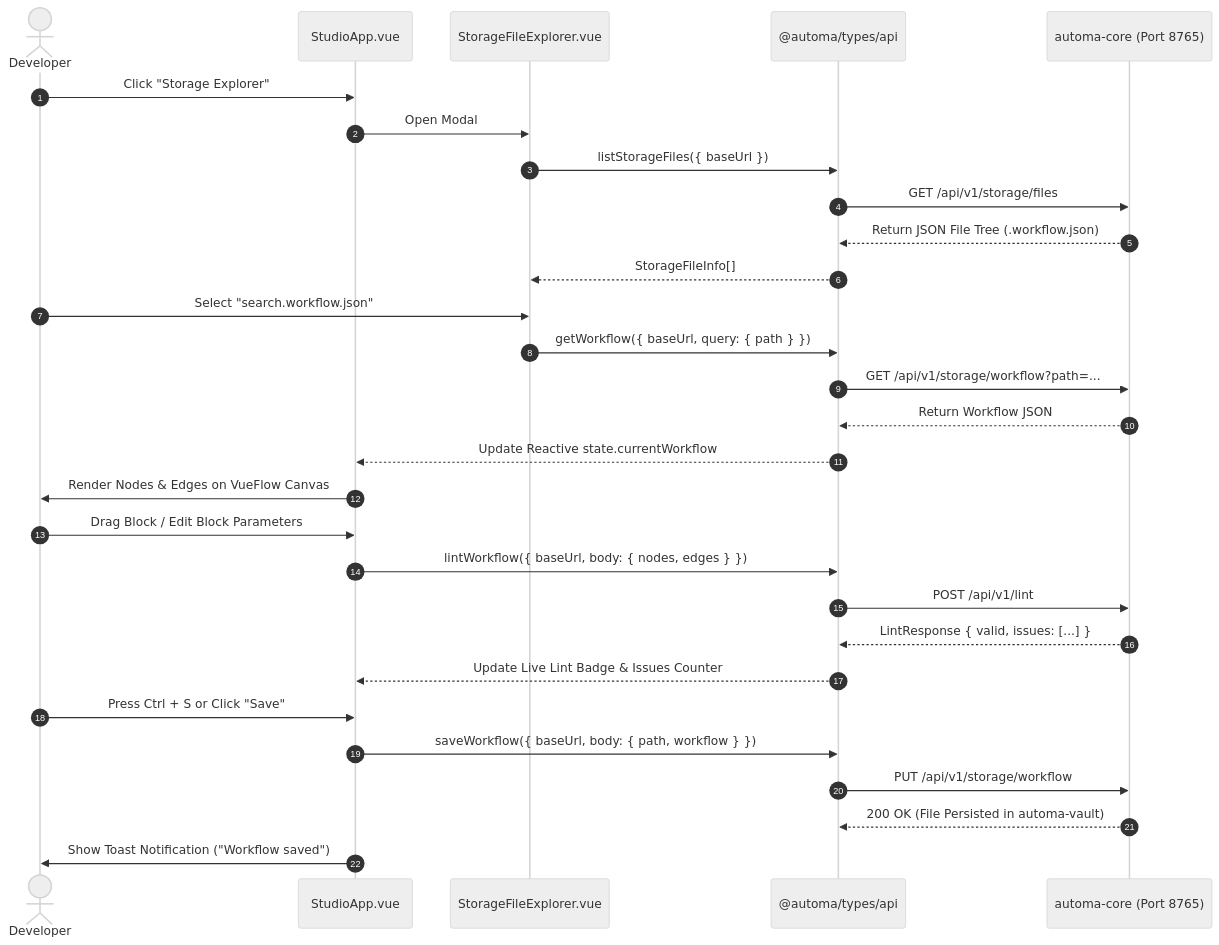
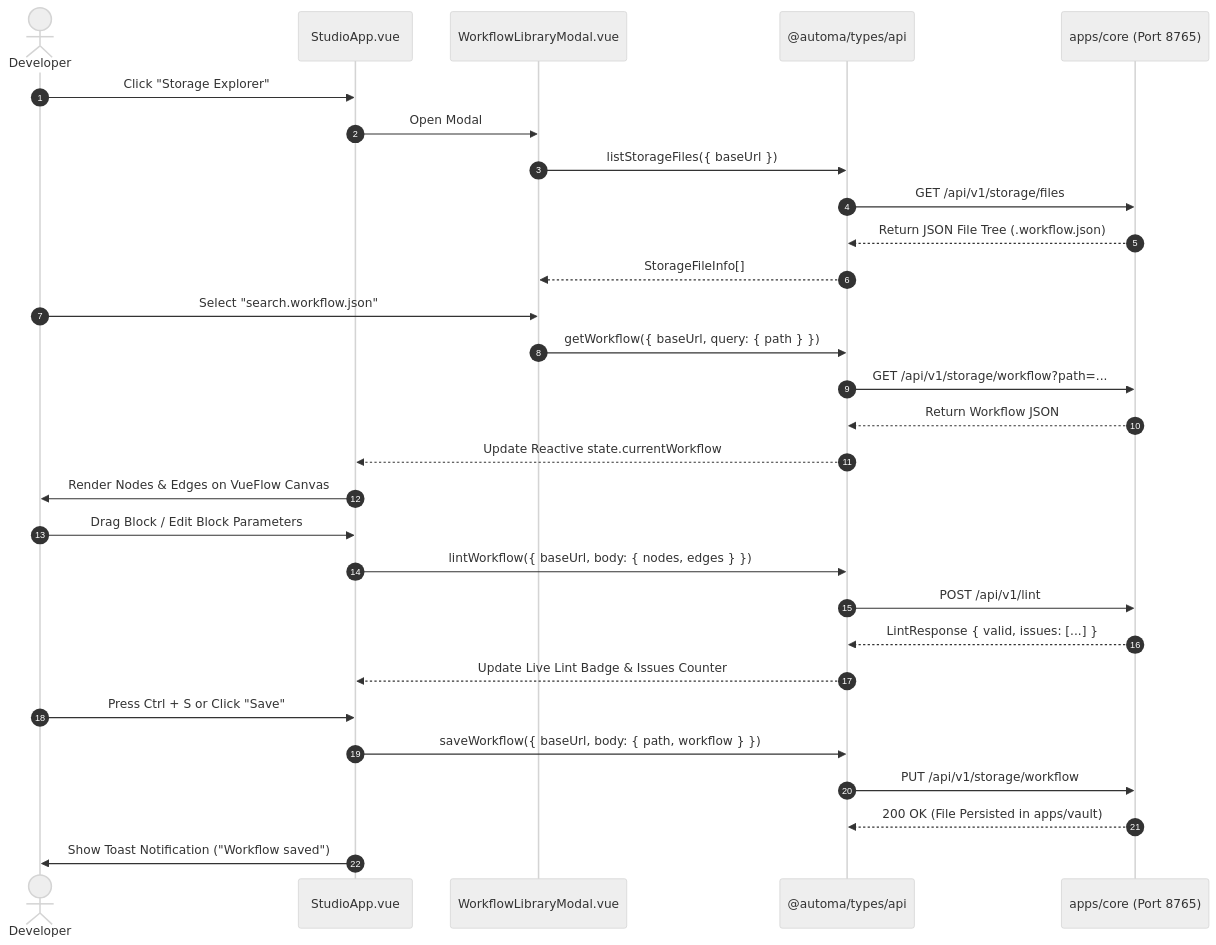
The third of 4 diagrams in apps/webe/src/studio/SRS.md (tuquet/automa), drawn with Mermaid (neutral theme) before and after one commit. The commit also changed other lines of this file and 48 other files, not shown here.

````diff
--- a/apps/webe/src/studio/SRS.md
+++ b/apps/webe/src/studio/SRS.md
@@ -246,34 +240,34 @@
 ```mermaid
 sequenceDiagram
     autonumber
     actor Dev as Developer
     participant UI as StudioApp.vue
-    participant Explorer as StorageFileExplorer.vue
+    participant Explorer as WorkflowLibraryModal.vue
     participant SDK as @automa/types/api
-    participant Core as automa-core (Port 8765)
+    participant Core as apps/core (Port 8765)
 
     Dev->>UI: Click "Storage Explorer"
     UI->>Explorer: Open Modal
     Explorer->>SDK: listStorageFiles({ baseUrl })
     SDK->>Core: GET /api/v1/storage/files
     Core-->>SDK: Return JSON File Tree (.workflow.json)
     SDK-->>Explorer: StorageFileInfo[]
     Dev->>Explorer: Select "search.workflow.json"
     Explorer->>SDK: getWorkflow({ baseUrl, query: { path } })
     SDK->>Core: GET /api/v1/storage/workflow?path=...
     Core-->>SDK: Return Workflow JSON
     SDK-->>UI: Update Reactive state.currentWorkflow
     UI->>Dev: Render Nodes & Edges on VueFlow Canvas
 
     Dev->>UI: Drag Block / Edit Block Parameters
     UI->>SDK: lintWorkflow({ baseUrl, body: { nodes, edges } })
     SDK->>Core: POST /api/v1/lint
     Core-->>SDK: LintResponse { valid, issues: [...] }
     SDK-->>UI: Update Live Lint Badge & Issues Counter
 
     Dev->>UI: Press Ctrl + S or Click "Save"
     UI->>SDK: saveWorkflow({ baseUrl, body: { path, workflow } })
     SDK->>Core: PUT /api/v1/storage/workflow
-    Core-->>SDK: 200 OK (File Persisted in automa-vault)
+    Core-->>SDK: 200 OK (File Persisted in apps/vault)
     UI->>Dev: Show Toast Notification ("Workflow saved")
 ```
````
